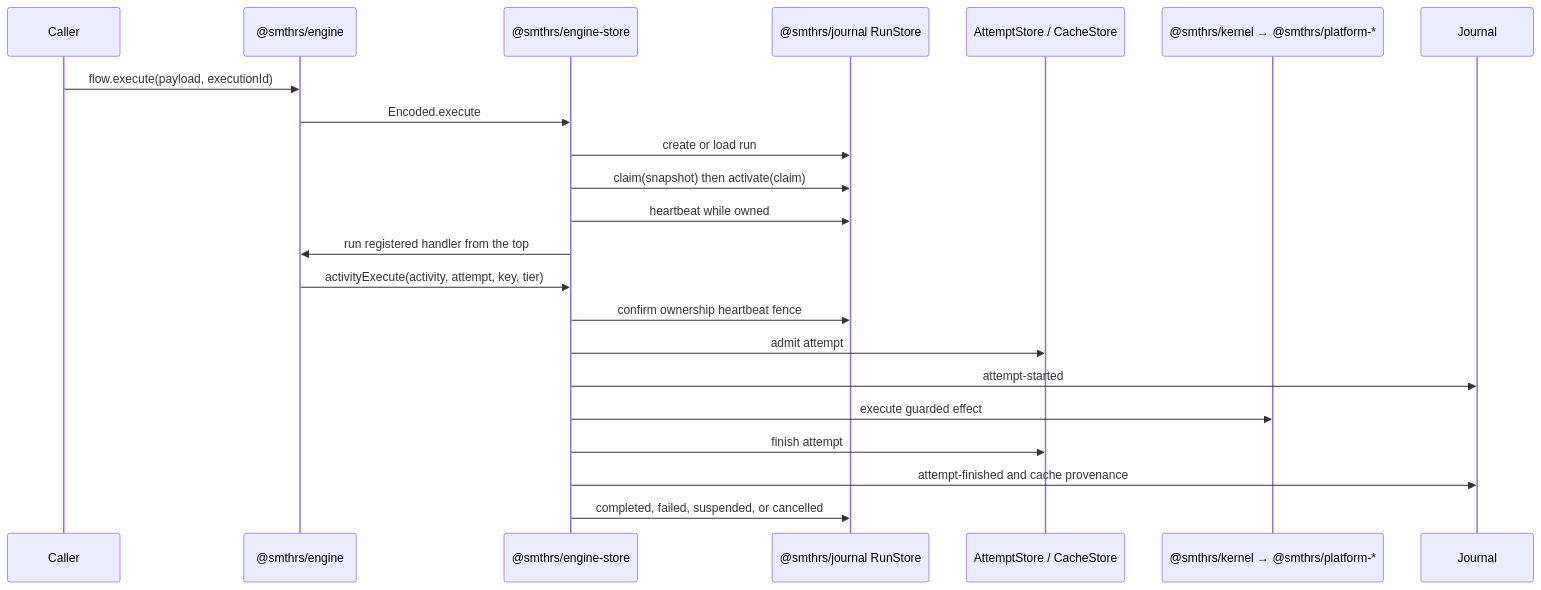
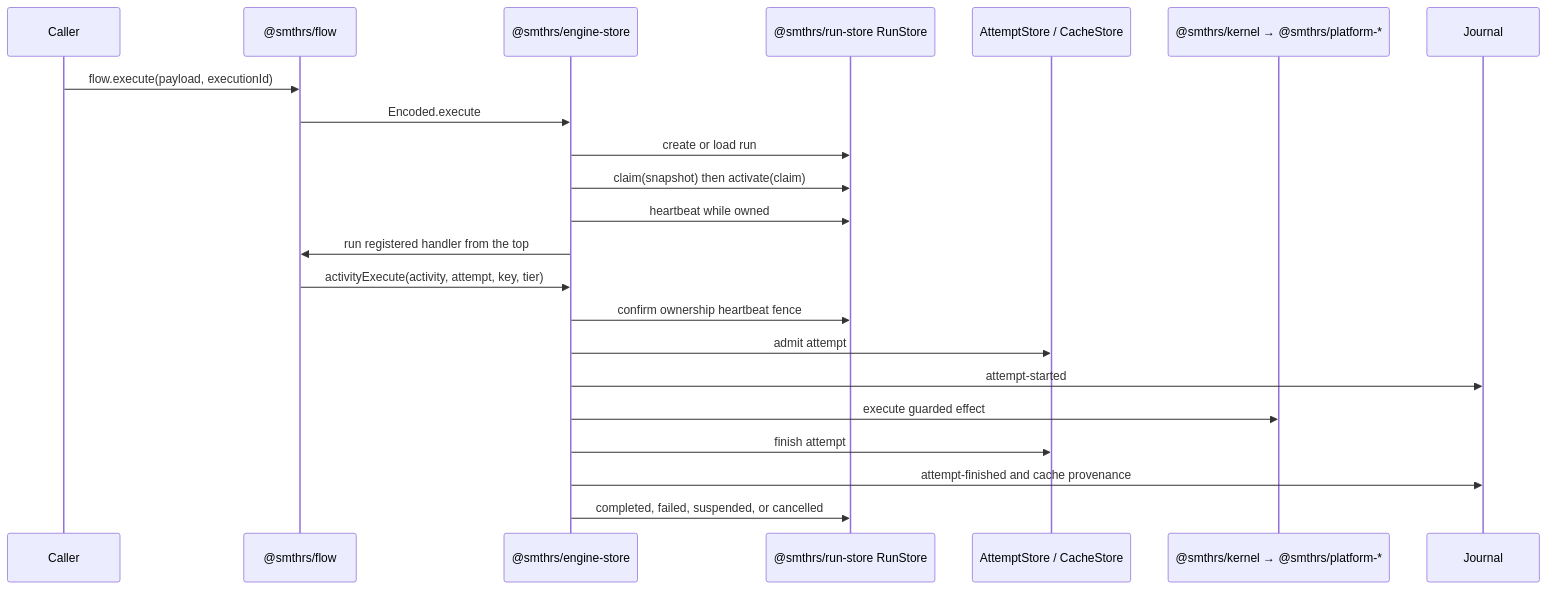
The diagram in docs/architecture/execution-data-flow.md (smithersai/flows), drawn with Mermaid before and after one commit. The commit also changed 50 other files, not shown here.

Commit message:
📝 docs: rewrite the pages for the capability, flow, run-store, and step-cache splits

````diff
--- a/docs/architecture/execution-data-flow.md
+++ b/docs/architecture/execution-data-flow.md
@@ -5,25 +5,25 @@
 ```mermaid
 sequenceDiagram
   participant Caller
-  participant Flow as @smthrs/engine
+  participant Flow as @smthrs/flow
   participant Driver as @smthrs/engine-store
-  participant Runs as @smthrs/journal RunStore
+  participant Runs as @smthrs/run-store RunStore
   participant Attempts as AttemptStore / CacheStore
   participant Host as @smthrs/kernel → @smthrs/platform-*
   participant Journal as Journal
 
   Caller->>Flow: flow.execute(payload, executionId)
   Flow->>Driver: Encoded.execute
   Driver->>Runs: create or load run
   Driver->>Runs: claim(snapshot) then activate(claim)
   Driver->>Runs: heartbeat while owned
   Driver->>Flow: run registered handler from the top
   Flow->>Driver: activityExecute(activity, attempt, key, tier)
   Driver->>Runs: confirm ownership heartbeat fence
   Driver->>Attempts: admit attempt
   Driver->>Journal: attempt-started
   Driver->>Host: execute guarded effect
   Driver->>Attempts: finish attempt
   Driver->>Journal: attempt-finished and cache provenance
   Driver->>Runs: completed, failed, suspended, or cancelled
 ```
````
